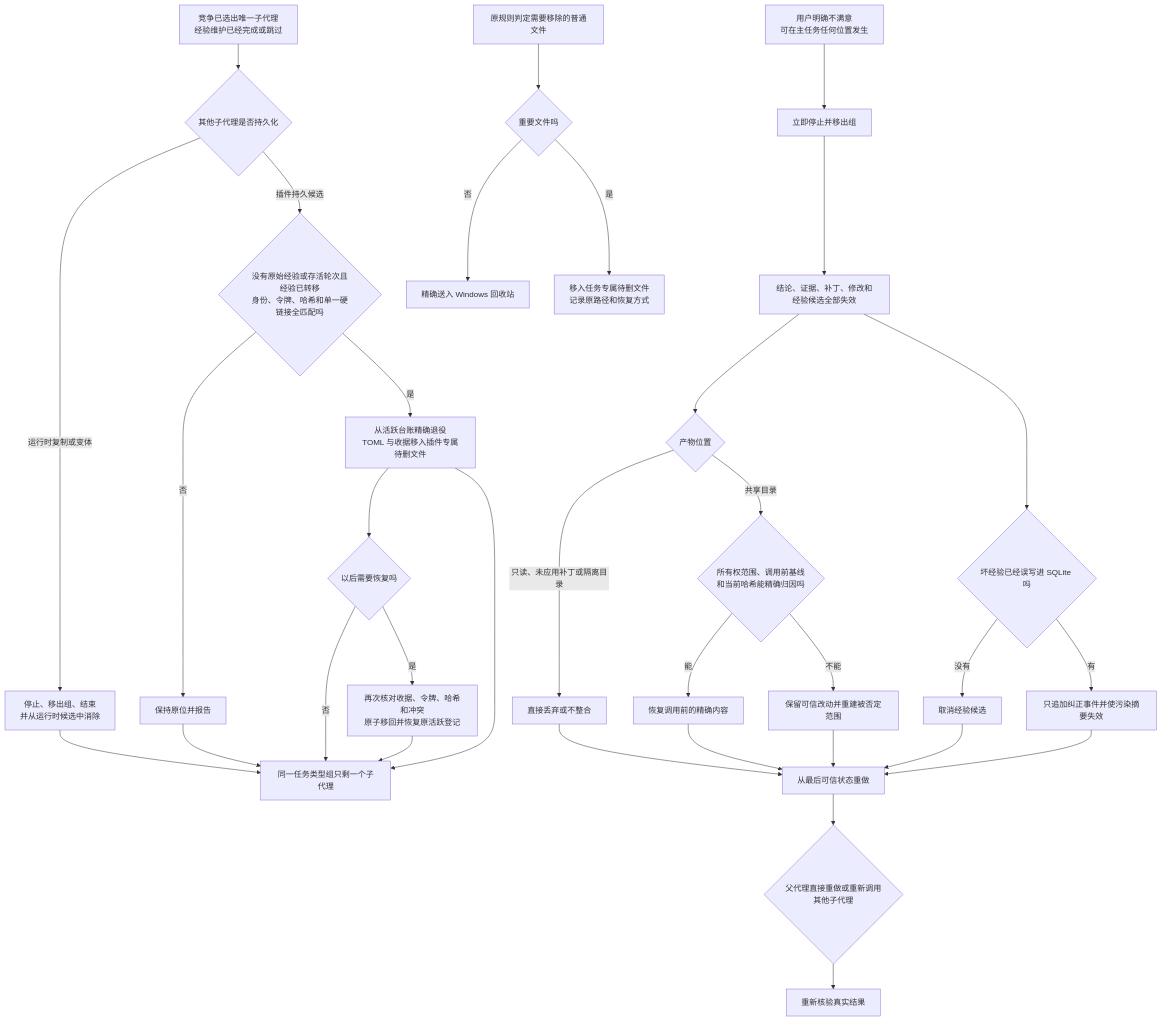
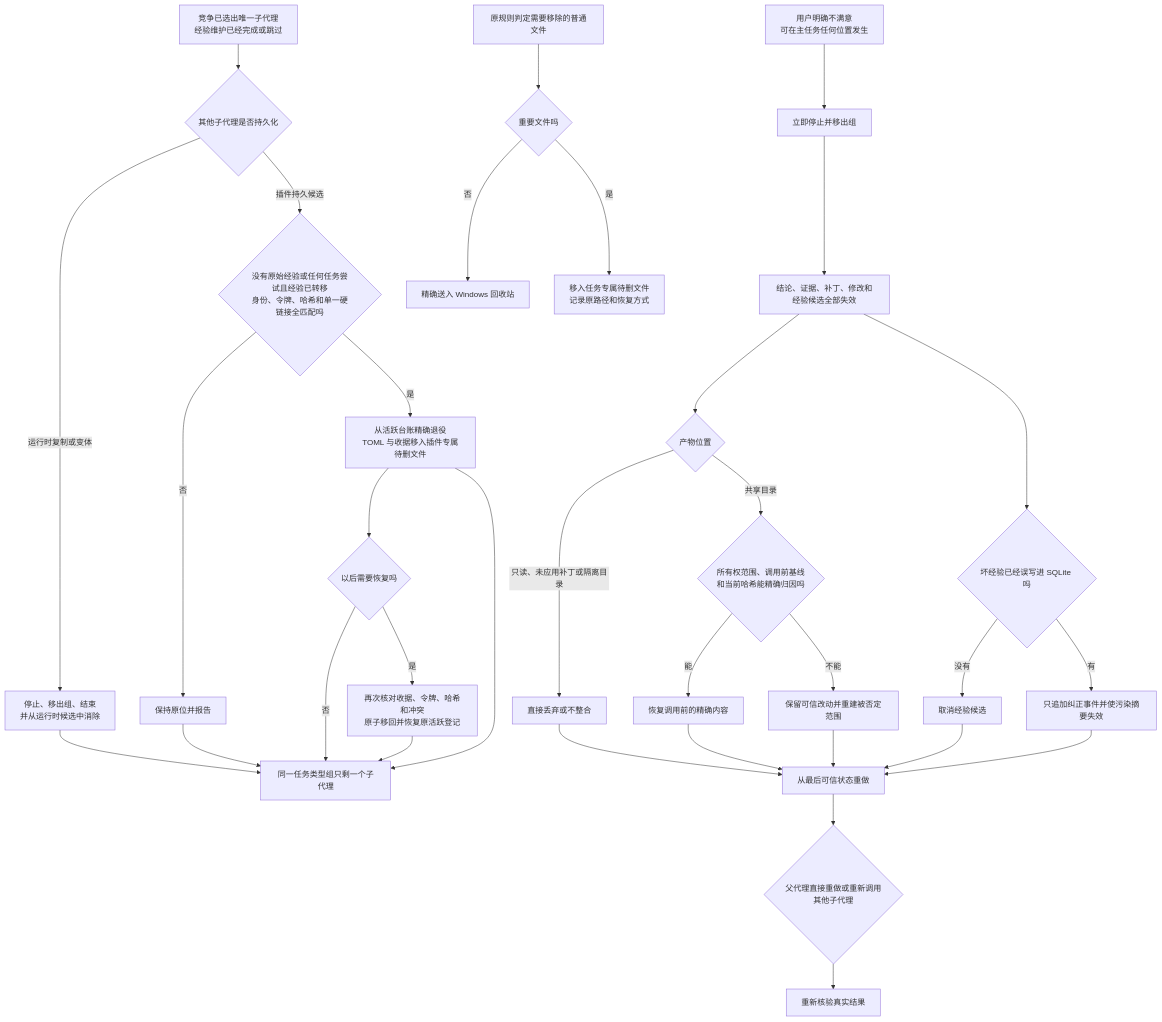
One commit to Lang45/codex-lean-stack changed diagram 12 of 13 in skills/lean-stack/references/flowcharts-zh.md. Above: the diagram before and after it, drawn with Mermaid. The commit also changed other lines of this file and 16 other files, not shown here.

````diff
--- a/skills/lean-stack/references/flowcharts-zh.md
+++ b/skills/lean-stack/references/flowcharts-zh.md
@@ -618,35 +627,35 @@
 ```mermaid
 flowchart TD
     A[竞争已选出唯一子代理<br/>经验维护已经完成或跳过] --> C{其他子代理是否持久化}
     C -->|运行时复制或变体| D[停止、移出组、结束<br/>并从运行时候选中消除]
-    C -->|插件持久候选| E{没有原始经验或存活轮次且经验已转移<br/>身份、令牌、哈希和单一硬链接全匹配吗}
+    C -->|插件持久候选| E{没有原始经验或任何任务尝试且经验已转移<br/>身份、令牌、哈希和单一硬链接全匹配吗}
     E -->|否| F[保持原位并报告]
     E -->|是| G[从活跃台账精确退役<br/>TOML 与收据移入插件专属待删文件]
     G --> G2{以后需要恢复吗}
     G2 -->|否| H
     G2 -->|是| G3[再次核对收据、令牌、哈希和冲突<br/>原子移回并恢复原活跃登记]
     G3 --> H
     D --> H[同一任务类型组只剩一个子代理]
     F --> H
     G --> H
     B[用户明确不满意<br/>可在主任务任何位置发生] --> I[立即停止并移出组]
     I --> J[结论、证据、补丁、修改和经验候选全部失效]
     J --> K{产物位置}
     K -->|只读、未应用补丁或隔离目录| L[直接丢弃或不整合]
     K -->|共享目录| M{所有权范围、调用前基线<br/>和当前哈希能精确归因吗}
     M -->|能| N[恢复调用前的精确内容]
     M -->|不能| O[保留可信改动并重建被否定范围]
     J --> P{坏经验已经误写进 SQLite 吗}
     P -->|没有| Q[取消经验候选]
     P -->|有| R[只追加纠正事件并使污染摘要失效]
     L --> S[从最后可信状态重做]
     N --> S
     O --> S
     Q --> S
     R --> S
     S --> T{父代理直接重做或重新调用其他子代理}
     T --> U[重新核验真实结果]
     V[原规则判定需要移除的普通文件] --> W{重要文件吗}
     W -->|否| X[精确送入 Windows 回收站]
     W -->|是| Y[移入任务专属待删文件<br/>记录原路径和恢复方式]
 ```
````
